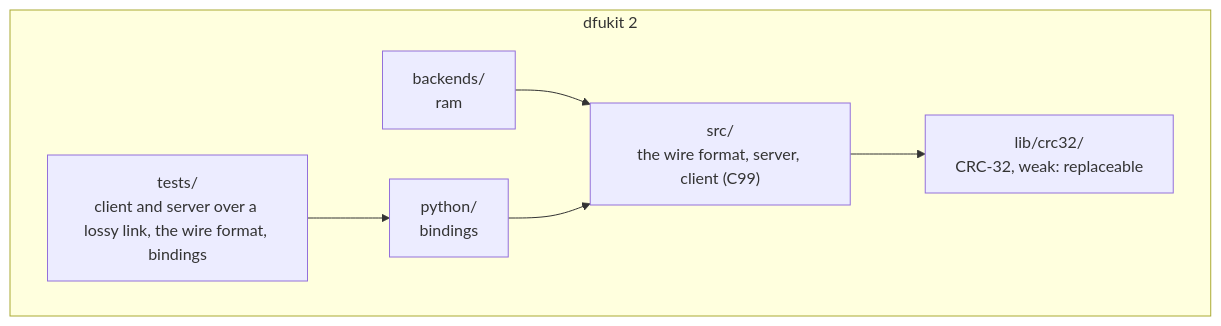
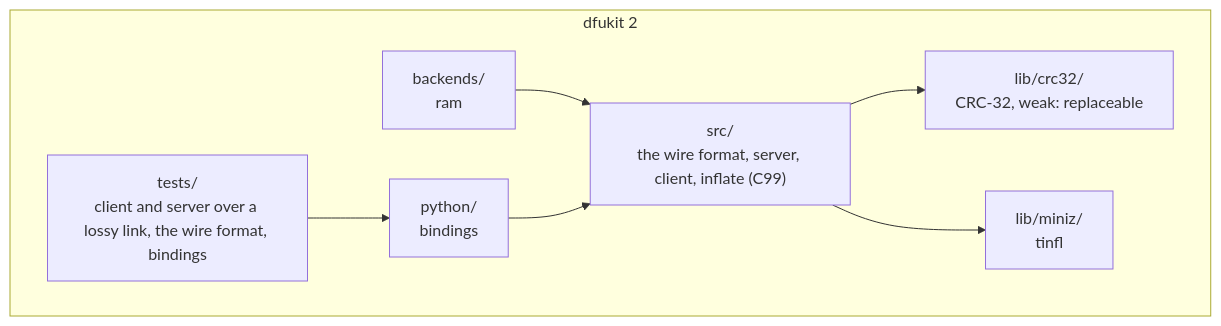
Before and after one commit to fvsolutions-dev/dfukit: diagram 13 of 14 in DESIGN.md, drawn with Mermaid. The commit also changed other lines of this file and 20 other files, not shown here.

````diff
--- a/DESIGN.md
+++ b/DESIGN.md
@@ -463,14 +483,16 @@
 ```mermaid
 flowchart TB
     subgraph repo [dfukit 2]
-        core["src/<br/>the wire format, server, client (C99)"]
+        core["src/<br/>the wire format, server, client, inflate (C99)"]
         crc["lib/crc32/<br/>CRC-32, weak: replaceable"]
+        miniz["lib/miniz/<br/>tinfl"]
         backends["backends/<br/>ram"]
         py["python/<br/>bindings"]
         tests["tests/<br/>client and server over a lossy link, the wire format, bindings"]
     end
     core --> crc
+    core --> miniz
     backends --> core
     py --> core
     tests --> py
 ```
````
